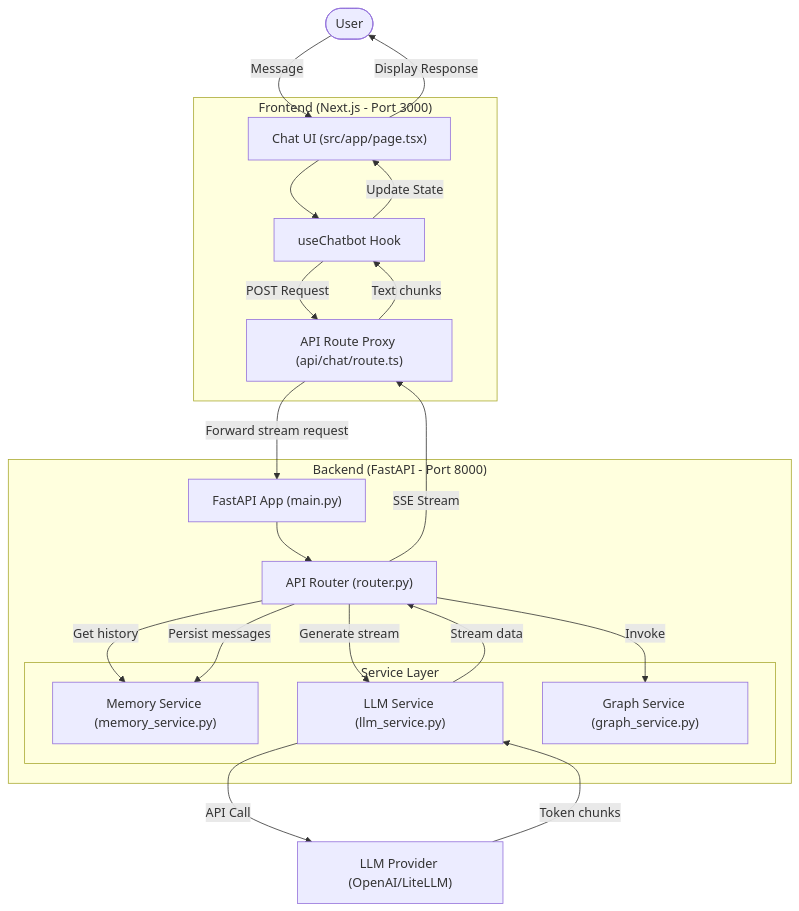
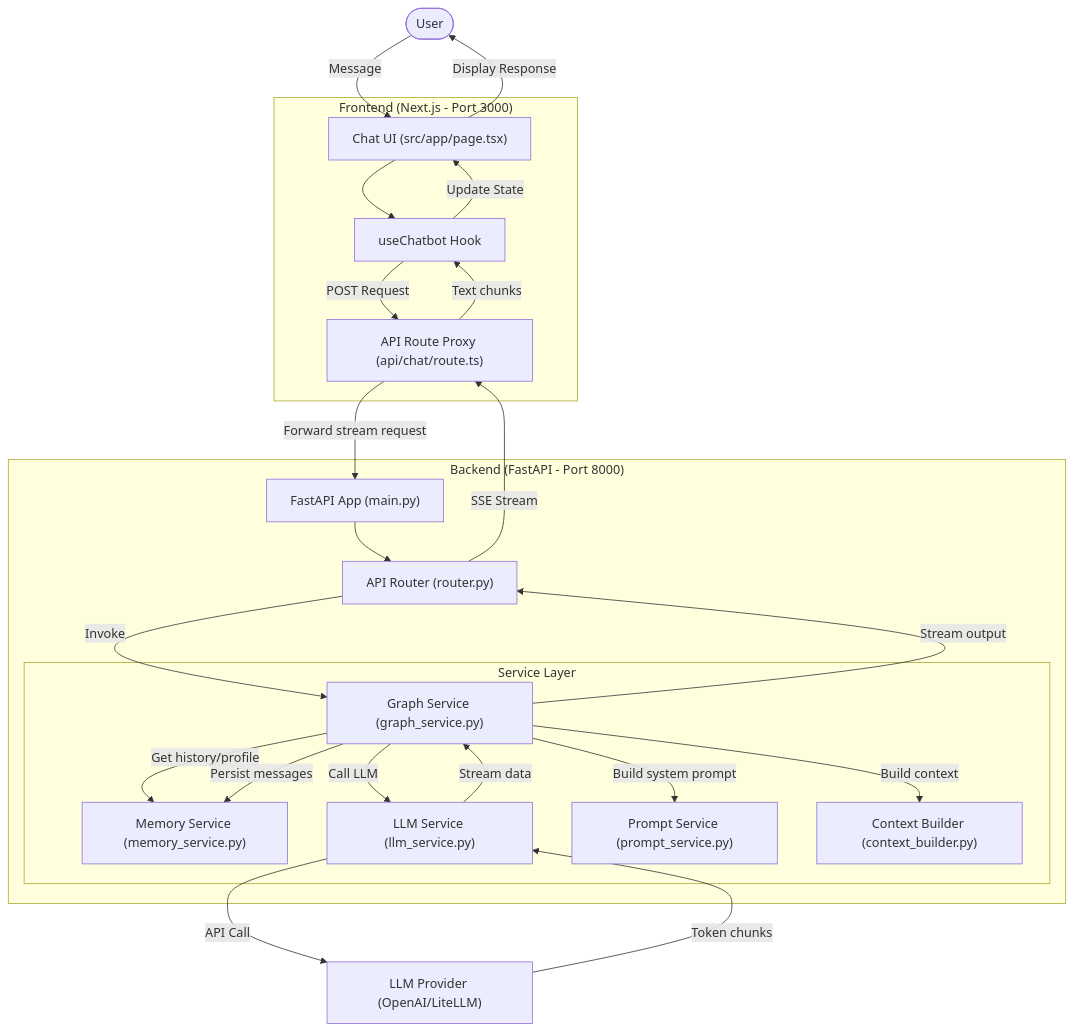
One commit to vimalraj2it/agentic-chatbot changed the first of 2 diagrams in docs/data_flow.md. Above: the diagram before and after it, drawn with Mermaid. The commit also changed other lines of this file and 7 other files, not shown here.

````diff
--- a/docs/data_flow.md
+++ b/docs/data_flow.md
@@ -5,45 +5,50 @@
 ```mermaid
 graph TD
     User([User])
     
     subgraph "Frontend (Next.js - Port 3000)"
         UI["Chat UI (src/app/page.tsx)"]
         Hook["useChatbot Hook"]
         Proxy["API Route Proxy (api/chat/route.ts)"]
     end
     
     subgraph "Backend (FastAPI - Port 8000)"
         Main["FastAPI App (main.py)"]
         Router["API Router (router.py)"]
         
         subgraph "Service Layer"
             Memory["Memory Service (memory_service.py)"]
             LLM["LLM Service (llm_service.py)"]
             Graph["Graph Service (graph_service.py)"]
+            Prompt["Prompt Service (prompt_service.py)"]
+            Context["Context Builder (context_builder.py)"]
         end
     end
     
     External["LLM Provider (OpenAI/LiteLLM)"]
 
     %% Flow
     User -->|Message| UI
     UI --> Hook
     Hook -->|POST Request| Proxy
     Proxy -->|Forward stream request| Main
     Main --> Router
     
-    Router -->|Get history| Memory
     Router -->|Invoke| Graph
-    Router -->|Generate stream| LLM
+    Graph -->|Get history/profile| Memory
+    Graph -->|Build context| Context
+    Graph -->|Build system prompt| Prompt
+    Graph -->|Call LLM| LLM
     
     LLM -->|API Call| External
     External -->|Token chunks| LLM
     
-    LLM -->|Stream data| Router
+    LLM -->|Stream data| Graph
+    Graph -->|Stream output| Router
     Router -->|SSE Stream| Proxy
     Proxy -->|Text chunks| Hook
     Hook -->|Update State| UI
     UI -->|Display Response| User
     
-    Router -->|Persist messages| Memory
+    Graph -->|Persist messages| Memory
 ```
````
